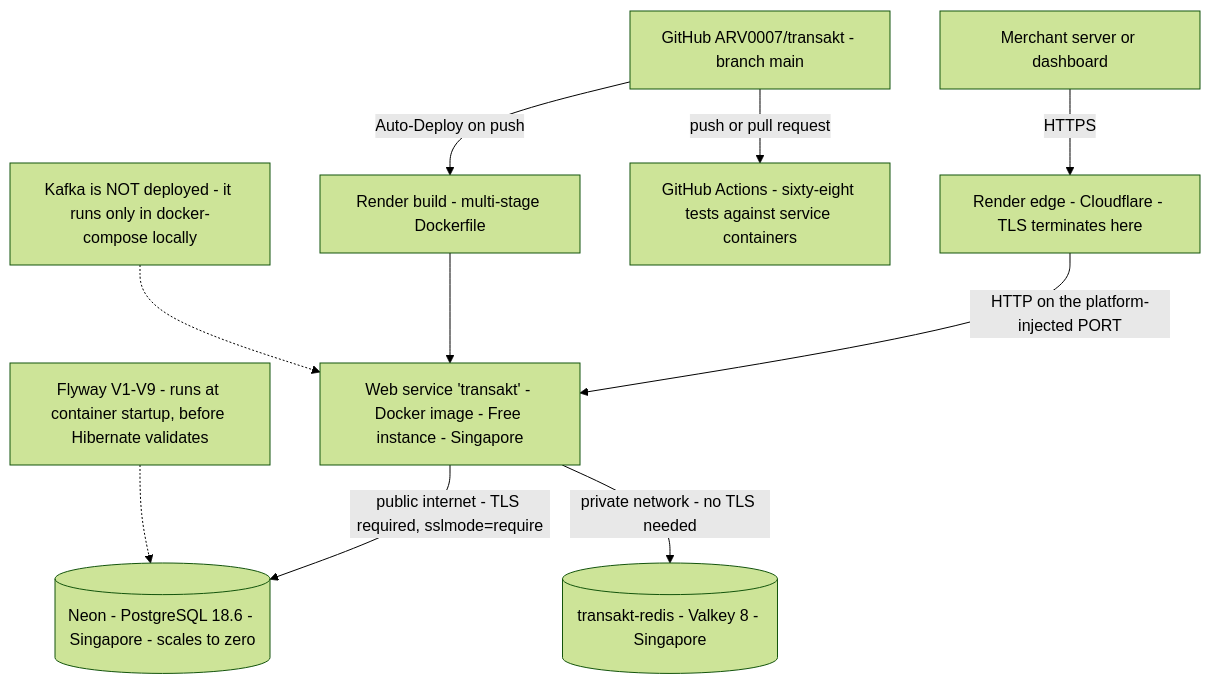
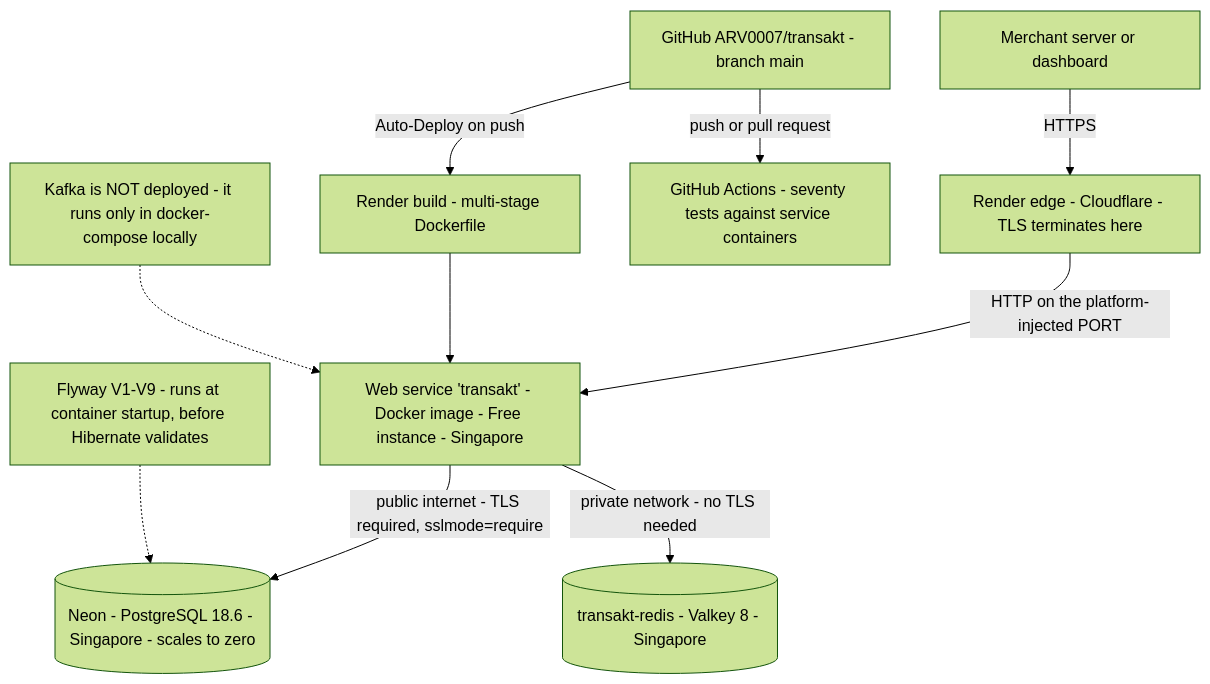
Before and after one commit to ARV0007/transakt: the first of 3 diagrams in docs/architecture.md, drawn with Mermaid (forest theme). The commit also changed other lines of this file and 4 other files, not shown here.

````diff
--- a/docs/architecture.md
+++ b/docs/architecture.md
@@ -9,13 +9,13 @@
 ```mermaid
 flowchart TD
   client[Merchant server or dashboard]
   client -->|HTTPS| edge[Render edge - Cloudflare - TLS terminates here]
   edge -->|HTTP on the platform-injected PORT| app[Web service 'transakt' - Docker image - Free instance - Singapore]
   app -->|public internet - TLS required, sslmode=require| pg[(Neon - PostgreSQL 18.6 - Singapore - scales to zero)]
   app -->|private network - no TLS needed| kv[(transakt-redis - Valkey 8 - Singapore)]
   gh[GitHub ARV0007/transakt - branch main] -->|Auto-Deploy on push| build[Render build - multi-stage Dockerfile]
-  gh -->|push or pull request| ci[GitHub Actions - sixty-eight tests against service containers]
+  gh -->|push or pull request| ci[GitHub Actions - seventy tests against service containers]
   build --> app
   flyway[Flyway V1-V9 - runs at container startup, before Hibernate validates] -.-> pg
   note[Kafka is NOT deployed - it runs only in docker-compose locally] -.-> app
 ```
````
